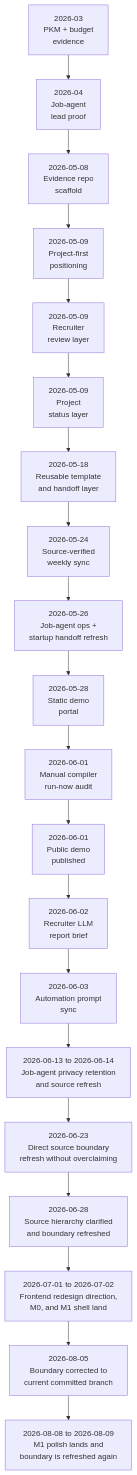
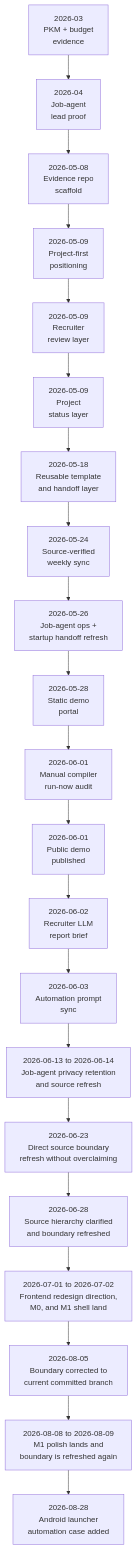
The diagram in PROJECT_TIMELINE.md (marcus-uden-dev/ai-native-proof-of-work), drawn with Mermaid before and after one commit. The commit also changed other lines of this file and 21 other files, not shown here.

````diff
--- a/PROJECT_TIMELINE.md
+++ b/PROJECT_TIMELINE.md
@@ -14,25 +14,26 @@
 ```mermaid
 flowchart TD
     M1["2026-03<br/>PKM + budget<br/>evidence"]
     M2["2026-04<br/>Job-agent<br/>lead proof"]
     M3["2026-05-08<br/>Evidence repo<br/>scaffold"]
     M4["2026-05-09<br/>Project-first<br/>positioning"]
     M5["2026-05-09<br/>Recruiter<br/>review layer"]
     M6["2026-05-09<br/>Project<br/>status layer"]
     M7["2026-05-18<br/>Reusable template<br/>and handoff layer"]
     M8["2026-05-24<br/>Source-verified<br/>weekly sync"]
     M9["2026-05-26<br/>Job-agent ops +<br/>startup handoff refresh"]
     M10["2026-05-28<br/>Static demo<br/>portal"]
     M11["2026-06-01<br/>Manual compiler<br/>run-now audit"]
     M12["2026-06-01<br/>Public demo<br/>published"]
     M13["2026-06-02<br/>Recruiter LLM<br/>report brief"]
     M14["2026-06-03<br/>Automation prompt<br/>sync"]
     M15["2026-06-13 to 2026-06-14<br/>Job-agent privacy retention<br/>and source refresh"]
     M16["2026-06-23<br/>Direct source boundary<br/>refresh without overclaiming"]
     M17["2026-06-28<br/>Source hierarchy clarified<br/>and boundary refreshed"]
     M18["2026-07-01 to 2026-07-02<br/>Frontend redesign direction,<br/>M0, and M1 shell land"]
     M19["2026-08-05<br/>Boundary corrected to<br/>current committed branch"]
     M20["2026-08-08 to 2026-08-09<br/>M1 polish lands and<br/>boundary is refreshed again"]
+    M21["2026-08-28<br/>Android launcher<br/>automation case added"]
 
-    M1 --> M2 --> M3 --> M4 --> M5 --> M6 --> M7 --> M8 --> M9 --> M10 --> M11 --> M12 --> M13 --> M14 --> M15 --> M16 --> M17 --> M18 --> M19 --> M20
+    M1 --> M2 --> M3 --> M4 --> M5 --> M6 --> M7 --> M8 --> M9 --> M10 --> M11 --> M12 --> M13 --> M14 --> M15 --> M16 --> M17 --> M18 --> M19 --> M20 --> M21
 ```
````
